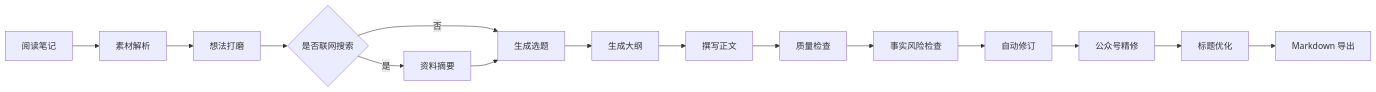
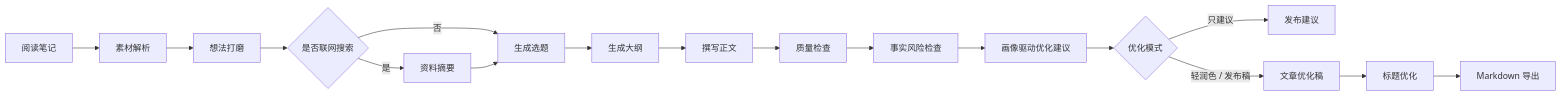
Before and after one commit to yuzhao6chen/NoteForge-AI: the diagram in README.zh-CN.md, drawn with Mermaid. The commit also changed other lines of this file and 21 other files, not shown here.

````diff
--- a/README.zh-CN.md
+++ b/README.zh-CN.md
@@ -47,17 +67,19 @@
 ```mermaid
 flowchart LR
   A[阅读笔记] --> B[素材解析]
   B --> C[想法打磨]
   C --> D{是否联网搜索}
   D -->|是| E[资料摘要]
   D -->|否| F[生成选题]
   E --> F
   F --> G[生成大纲]
   G --> H[撰写正文]
   H --> I[质量检查]
   I --> J[事实风险检查]
-  J --> K[自动修订]
-  K --> L[公众号精修]
-  L --> M[标题优化]
-  M --> N[Markdown 导出]
+  J --> K[画像驱动优化建议]
+  K --> L{优化模式}
+  L -->|只建议| M[发布建议]
+  L -->|轻润色 / 发布稿| N[文章优化稿]
+  N --> O[标题优化]
+  O --> P[Markdown 导出]
 ```
````
